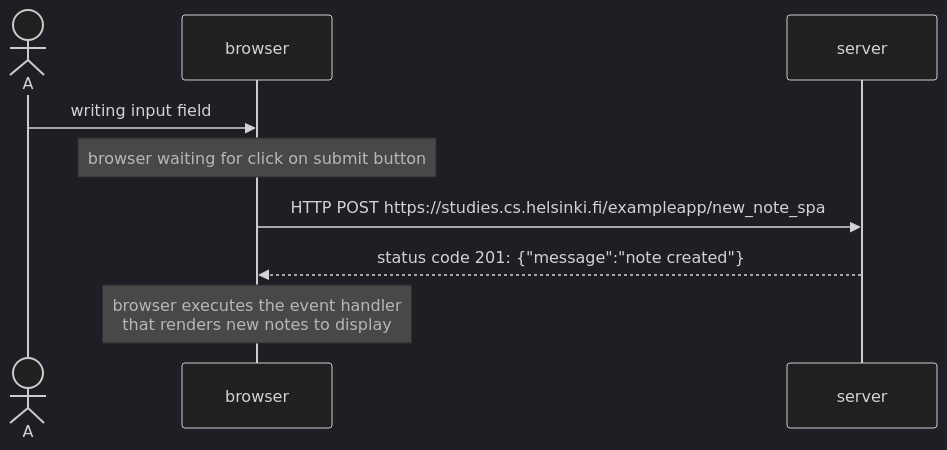
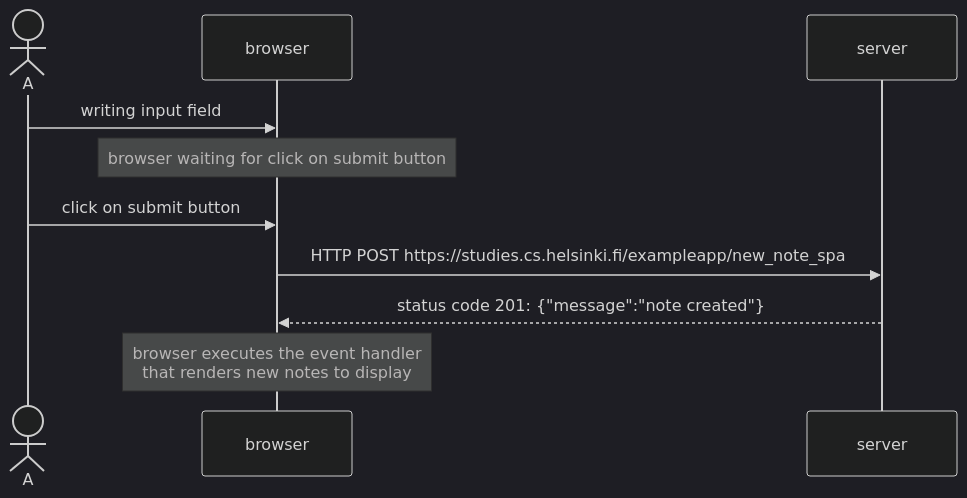
Before and after one commit to IoniteMaize17/fullstackopen2022_part0: the diagram in Exercise_0_6.md, drawn with Mermaid (dark theme).

````diff
--- a/Exercise_0_6.md
+++ b/Exercise_0_6.md
@@ -1,13 +1,14 @@
 ```mermaid
 sequenceDiagram
 
 actor A
 
 A->>browser: writing input field
 note over browser: browser waiting for click on submit button
+A->>browser: click on submit button
 
 browser->>server: HTTP POST https://studies.cs.helsinki.fi/exampleapp/new_note_spa
 server-->>browser: status code 201: {"message":"note created"}
 
 note over browser: browser executes the event handler <br>that renders new notes to display
 ```
````
